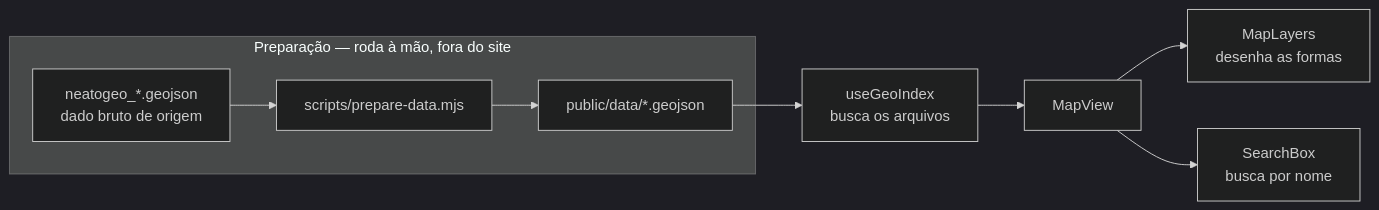
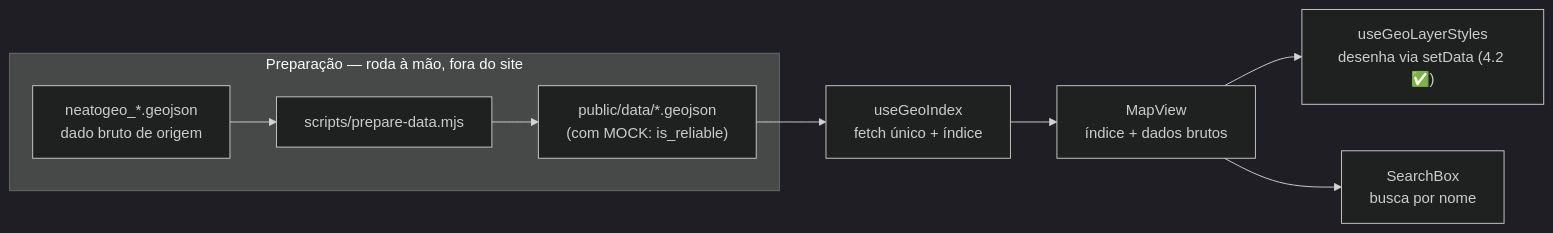
The fourth of 9 diagrams in docs/GUIA-DO-PROJETO.md (pedrovitorsilva/tcc_teste), drawn with Mermaid (dark theme) before and after one commit. The commit also changed other lines of this file and 4 other files, not shown here.

````diff
--- a/docs/GUIA-DO-PROJETO.md
+++ b/docs/GUIA-DO-PROJETO.md
@@ -172,11 +190,11 @@
 ```mermaid
 flowchart LR
     subgraph prep["Preparação — roda à mão, fora do site"]
         raw["neatogeo_*.geojson<br/>dado bruto de origem"] --> script["scripts/prepare-data.mjs"]
-        script --> pub["public/data/*.geojson"]
+        script --> pub["public/data/*.geojson<br/>(com MOCK: is_reliable)"]
     end
-    pub --> hook["useGeoIndex<br/>busca os arquivos"]
-    hook --> mv["MapView"]
-    mv --> ml["MapLayers<br/>desenha as formas"]
+    pub --> hook["useGeoIndex<br/>fetch único + índice"]
+    hook --> mv["MapView<br/>índice + dados brutos"]
+    mv --> ml["useGeoLayerStyles<br/>desenha via setData (4.2 ✅)"]
     mv --> busca["SearchBox<br/>busca por nome"]
 ```
````
